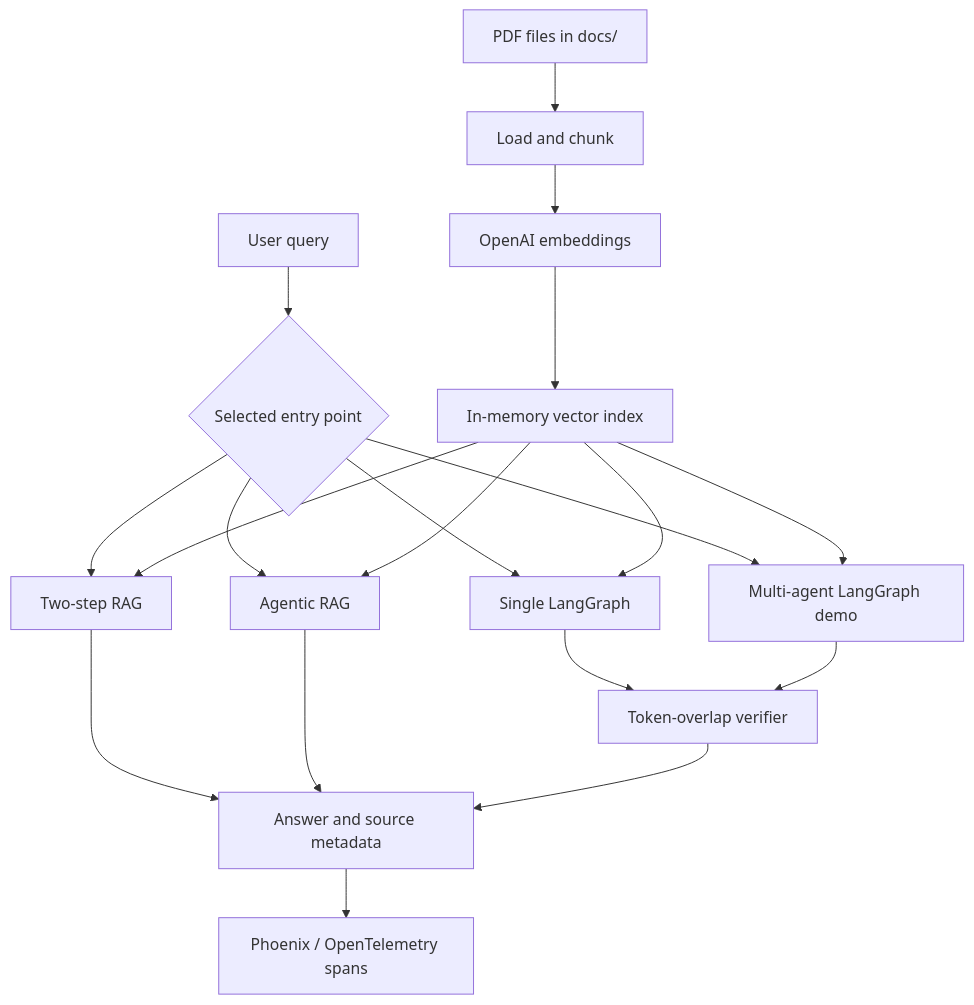
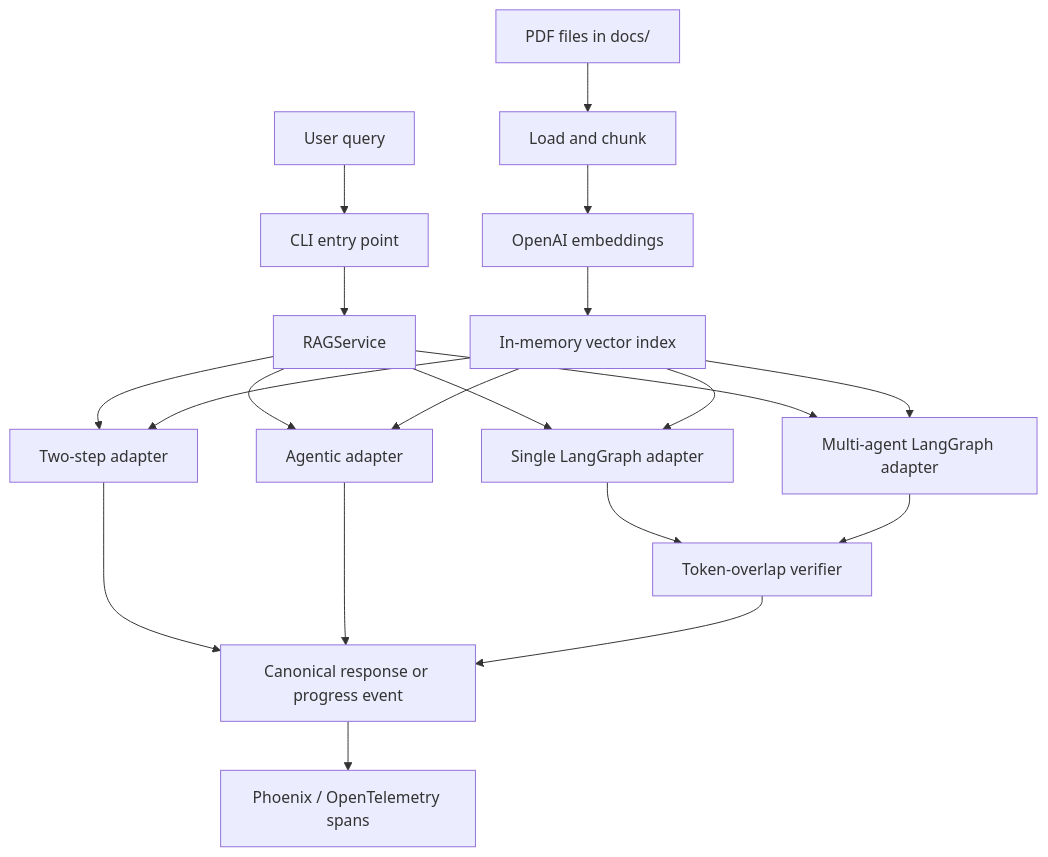
The diagram in README.md (neeraj1909/explainable-agentic-rag), drawn with Mermaid before and after one commit. The commit also changed other lines of this file and 16 other files, not shown here.

Commit message:
feat(rag): unify entry points behind canonical service

````diff
--- a/README.md
+++ b/README.md
@@ -74,25 +79,26 @@
 ```mermaid
 flowchart TD
     P[PDF files in docs/] --> L[Load and chunk]
     L --> E[OpenAI embeddings]
     E --> I[In-memory vector index]
 
-    Q[User query] --> C{Selected entry point}
-    C --> B[Two-step RAG]
-    C --> A[Agentic RAG]
-    C --> G[Single LangGraph]
-    C --> M[Multi-agent LangGraph demo]
+    Q[User query] --> C[CLI entry point]
+    C --> S[RAGService]
+    S --> B[Two-step adapter]
+    S --> A[Agentic adapter]
+    S --> G[Single LangGraph adapter]
+    S --> M[Multi-agent LangGraph adapter]
 
     I --> B
     I --> A
     I --> G
     I --> M
 
-    B --> O[Answer and source metadata]
+    B --> O[Canonical response or progress event]
     A --> O
     G --> V[Token-overlap verifier]
     V --> O
     M --> V
 
     O --> T[Phoenix / OpenTelemetry spans]
 ```
````
